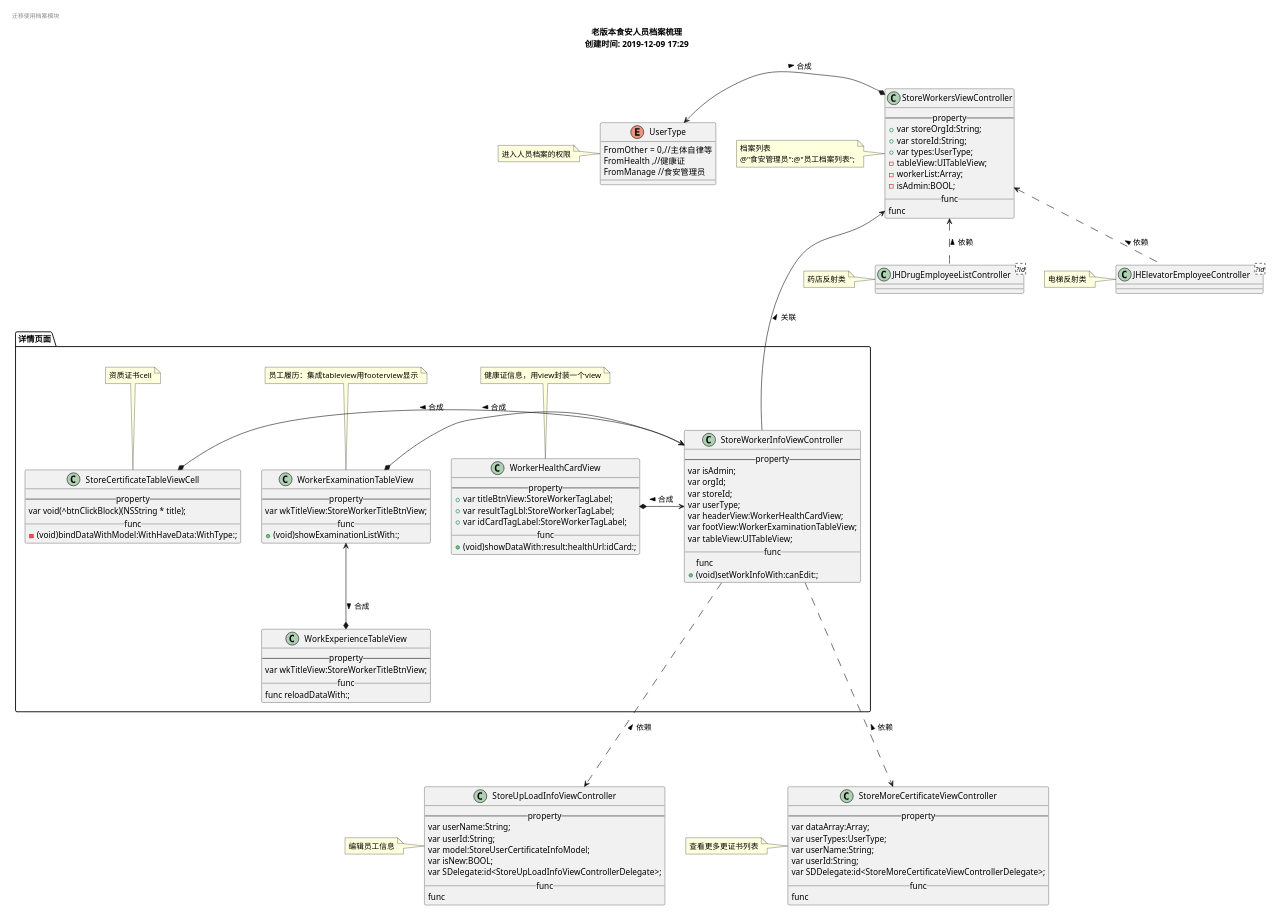
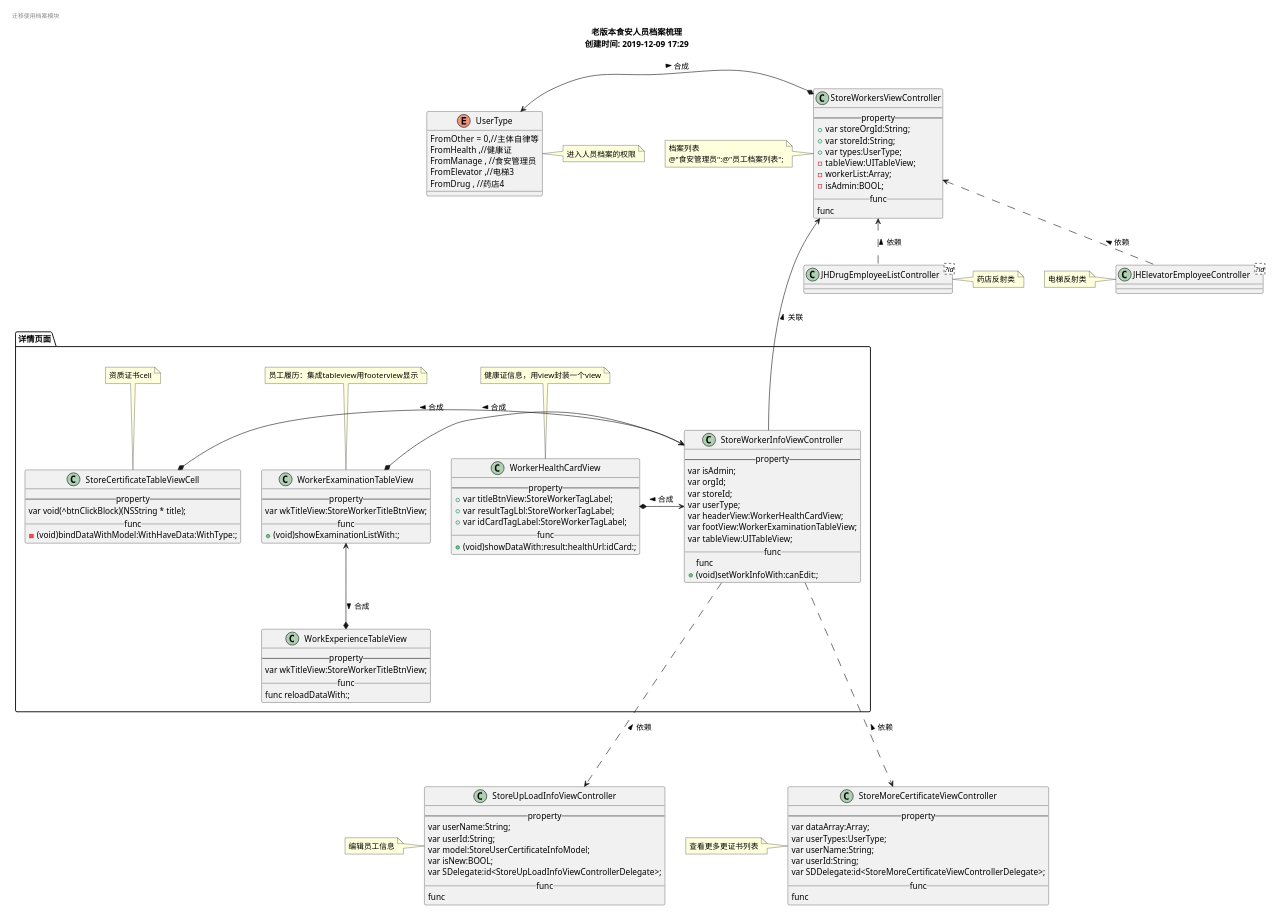
Before and after one commit to iT-Boyer/iDocs: the diagram in uml/DtBox/dtbox-old-cls.plantuml, drawn with PlantUML.

Commit message:
优化接口类图

```diff
--- a/uml/DtBox/dtbox-old-cls.plantuml
+++ b/uml/DtBox/dtbox-old-cls.plantuml
@@ -1,156 +1,158 @@
 @startuml
 scale 0.5
 page 1x1
 title
     老版本食安人员档案梳理
     创建时间: 2019-12-09 17:29
     endtitle
     left header
         迁移使用档案模块
     endheader
 
     enum "UserType" as usertype {
         FromOther  = 0,//主体自律等
         FromHealth ,//健康证
-        FromManage //食安管理员
+        FromManage , //食安管理员
+        FromElevator ,//电梯3
+        FromDrug , //药店4
     }
 
     class "JHDrugEmployeeListController" as druglistvc <?id> {
     }
 
     class "JHElevatorEmployeeController" as elevatorlistvc <?id> {
     }
 
 
     class "StoreWorkersViewController" as workervc {
         -- property --
         + var storeOrgId:String;
         + var storeId:String;
         + var types:UserType;
         - tableView:UITableView;
         - workerList:Array;
         - isAdmin:BOOL;
         __func__
         func
     }
 
     'package，node，folder，frame，cloud，database'
     folder "详情页面" as detailpkg{
         class "StoreWorkerInfoViewController" as infovc {
             -- property --
             var isAdmin;
             var orgId;
             var storeId;
             var userType;
             var headerView:WorkerHealthCardView;
             var footView:WorkerExaminationTableView;
             var tableView:UITableView;
             __func__
             func
             +(void)setWorkInfoWith:canEdit:;
         }
         class "WorkerHealthCardView" as headerview {
             -- property --
             + var titleBtnView:StoreWorkerTagLabel;
             + var resultTagLbl:StoreWorkerTagLabel;
             + var idCardTagLabel:StoreWorkerTagLabel;
             __func__
             +(void)showDataWith:result:healthUrl:idCard:;
         }
 
         class "WorkerExaminationTableView" as footerview {
             -- property --
             var wkTitleView:StoreWorkerTitleBtnView;
             __func__
             +(void)showExaminationListWith:;
         }
 
         class "WorkExperienceTableView" as careerview {
             -- property --
             var wkTitleView:StoreWorkerTitleBtnView;
             __func__
             func reloadDataWith:;
         }
         class "StoreCertificateTableViewCell" as cercellview {
             -- property --
             var void(^btnClickBlock)(NSString * title);
             __func__
             - (void)bindDataWithModel:WithHaveData:WithType:;
         }
 
         note top of headerview
             健康证信息，用view封装一个view
         end note
         note top of footerview
             员工履历：集成tableview用footerview显示
         end note
 
         note top of cercellview
             资质证书cell
         end note
 
         headerview *--left-> infovc:合成 <
         cercellview *-right-> infovc:合成 <
         footerview *-left-> infovc:合成 <
         careerview *-up-> footerview:合成 <
 
     }
 
     class "StoreUpLoadInfoViewController" as infoeditvc {
         -- property --
         var userName:String;
         var userId:String;
         var model:StoreUserCertificateInfoModel;
         var isNew:BOOL;
         var SDelegate:id<StoreUpLoadInfoViewControllerDelegate>;
         __func__
         func
     }
     class "StoreMoreCertificateViewController" as morecervc {
         -- property --
         var dataArray:Array;
         var userTypes:UserType;
         var userName:String;
         var userId:String;
         var SDDelegate:id<StoreMoreCertificateViewControllerDelegate>;
         __func__
         func
     }
 
 
 
-    note left of usertype
+    note right of usertype
         进入人员档案的权限
     end note
 
     note left of infoeditvc
         编辑员工信息
     end note
     note left of workervc
         档案列表
         @"食安管理员":@"员工档案列表";
     end note
 
     note left of morecervc
         查看更多更证书列表
     end note
 
-    note left of druglistvc
+    note right of druglistvc
         药店反射类
     end note
     note left of elevatorlistvc
         电梯反射类
     end note
 
 
     workervc <.down. druglistvc:依赖 <
     workervc <.down. elevatorlistvc:依赖 <
     '关系
-    usertype <-* workervc:合成 >
+    usertype <-right-* workervc:合成 >
     workervc <---- infovc:关联 <
 
     infovc ...down.> infoeditvc:依赖 <
     infovc ...down.> morecervc:依赖 <
 
 
     @enduml
```
